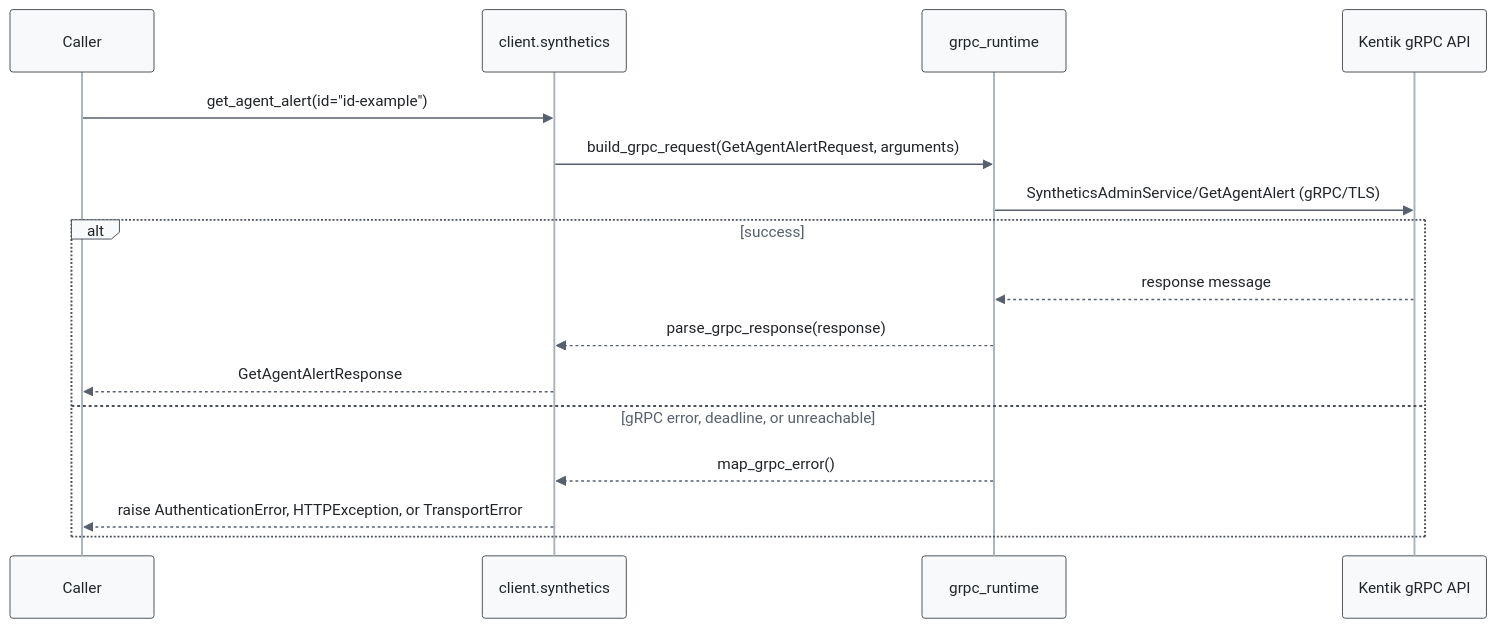
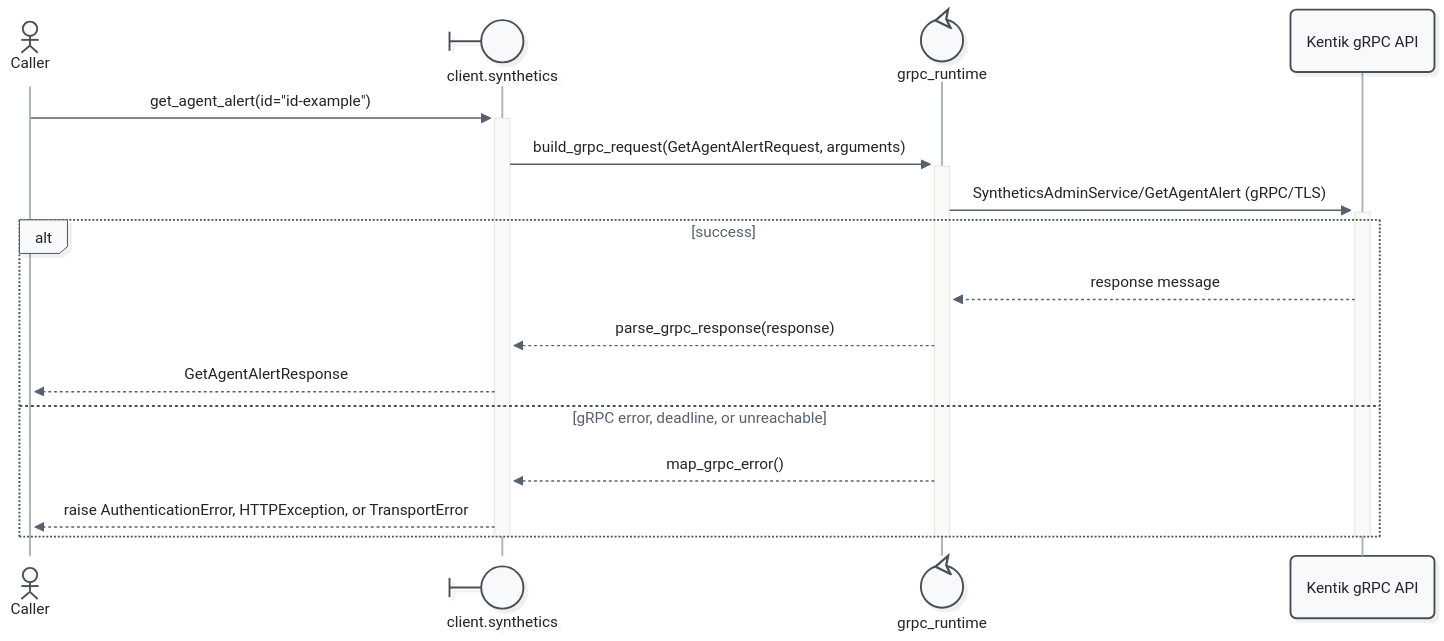
Before and after one commit to alexdearaujo/community_sdk_python: the sixth of 37 diagrams in docs/sphinx/services/synthetics.md, drawn with Mermaid. The commit also changed other lines of this file and 52 other files, not shown here.

First line of the commit message:
docs: Mermaid 12 sequence diagrams with participant types and path colors

````diff
--- a/docs/sphinx/services/synthetics.md
+++ b/docs/sphinx/services/synthetics.md
@@ -212,20 +224,23 @@
 ```mermaid
-%%{init: {"theme": "base", "fontFamily": "ui-monospace, SFMono-Regular, Menlo, monospace", "themeVariables": {"fontFamily": "ui-monospace, SFMono-Regular, Menlo, monospace", "primaryColor": "#f8f9fa", "primaryBorderColor": "#495057", "primaryTextColor": "#212529", "textColor": "#212529", "lineColor": "#77818c", "edgeLabelBackground": "#ffffff", "actorBkg": "#f8f9fa", "actorBorder": "#495057", "actorTextColor": "#212529", "actorLineColor": "#a9b3be", "signalColor": "#57616d", "signalTextColor": "#212529", "labelBoxBkgColor": "#f8f9fa", "labelBoxBorderColor": "#495057", "labelTextColor": "#212529", "loopTextColor": "#57616d", "noteBkgColor": "#fff9db", "noteBorderColor": "#f08c00", "noteTextColor": "#a35a00"}, "flowchart": {"curve": "step", "nodeSpacing": 30, "rankSpacing": 70, "wrappingWidth": 400}}}%%
+%%{init: {"theme": "redux", "look": "neo", "layout": "dagre", "fontFamily": "ui-monospace, SFMono-Regular, Menlo, monospace", "themeVariables": {"fontFamily": "ui-monospace, SFMono-Regular, Menlo, monospace", "primaryColor": "#f8f9fa", "primaryBorderColor": "#495057", "primaryTextColor": "#212529", "textColor": "#212529", "lineColor": "#77818c", "edgeLabelBackground": "#ffffff", "actorBkg": "#f8f9fa", "actorBorder": "#495057", "actorTextColor": "#212529", "actorLineColor": "#a9b3be", "signalColor": "#57616d", "signalTextColor": "#212529", "labelBoxBkgColor": "#f8f9fa", "labelBoxBorderColor": "#495057", "labelTextColor": "#212529", "loopTextColor": "#57616d", "noteBkgColor": "#fff9db", "noteBorderColor": "#f08c00", "noteTextColor": "#a35a00"}, "sequence": {"activationWidth": 16}, "flowchart": {"curve": "step", "nodeSpacing": 30, "rankSpacing": 70, "wrappingWidth": 400}}}%%
 sequenceDiagram
-    participant C as Caller
-    participant W as client.synthetics
-    participant R as grpc_runtime
+    actor C as Caller
+    participant W@{ "type": "boundary" } as client.synthetics
+    participant R@{ "type": "control" } as grpc_runtime
     participant API as Kentik gRPC API
 
-    C->>W: get_agent_alert(id="id-example")
-    W->>R: build_grpc_request(GetAgentAlertRequest, arguments)
-    R->>API: SyntheticsAdminService/GetAgentAlert (gRPC/TLS)
+    C->>+W: get_agent_alert(id="id-example")
+    W->>+R: build_grpc_request(GetAgentAlertRequest, arguments)
+    R->>+API: SyntheticsAdminService/GetAgentAlert (gRPC/TLS)
     alt success
         API-->>R: response message
         R-->>W: parse_grpc_response(response)
         W-->>C: GetAgentAlertResponse
     else gRPC error, deadline, or unreachable
         R-->>W: map_grpc_error()
         W-->>C: raise AuthenticationError, HTTPException, or TransportError
     end
+    deactivate API
+    deactivate R
+    deactivate W
 ```
````
